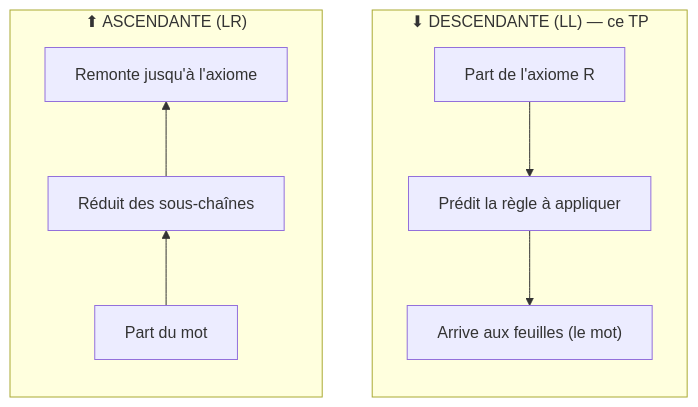
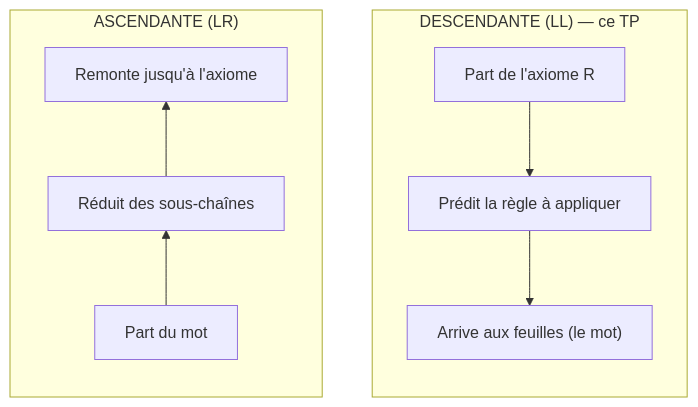
Before and after one commit to Youssef-YBM/T5-COMPILATION-Syntaxique: the third of 7 diagrams in README.md, drawn with Mermaid. The commit also changed other lines of this file, not shown here.

````diff
--- a/README.md
+++ b/README.md
@@ -269,11 +269,11 @@
 ```mermaid
 flowchart TB
-    subgraph D["⬇ DESCENDANTE (LL) — ce TP"]
+    subgraph D["DESCENDANTE (LL) — ce TP"]
         direction TB
         d1["Part de l'axiome R"] --> d2["Prédit la règle à appliquer"] --> d3["Arrive aux feuilles (le mot)"]
     end
-    subgraph A["⬆ ASCENDANTE (LR)"]
+    subgraph A["ASCENDANTE (LR)"]
         direction BT
         a3["Part du mot"] --> a2["Réduit des sous-chaînes"] --> a1["Remonte jusqu'à l'axiome"]
     end
 ```
````
